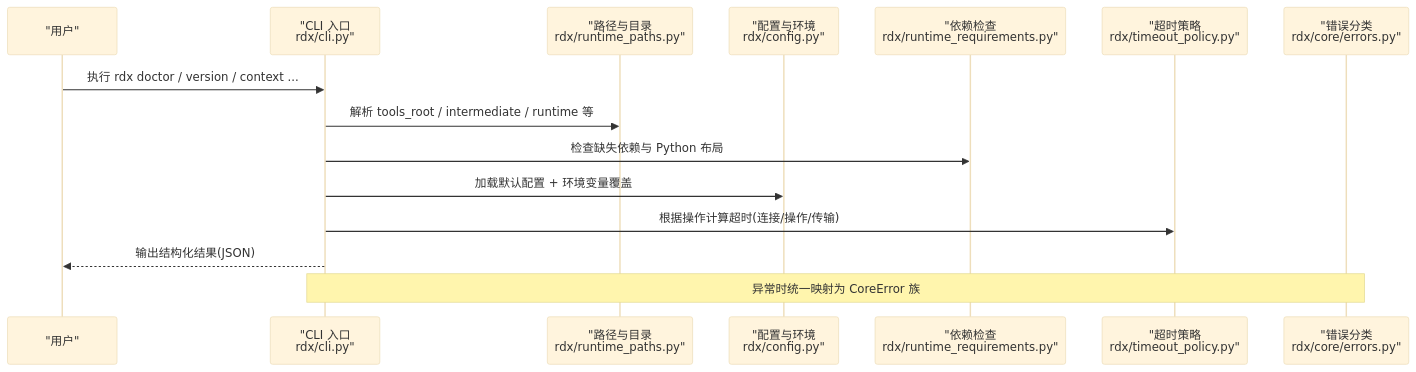
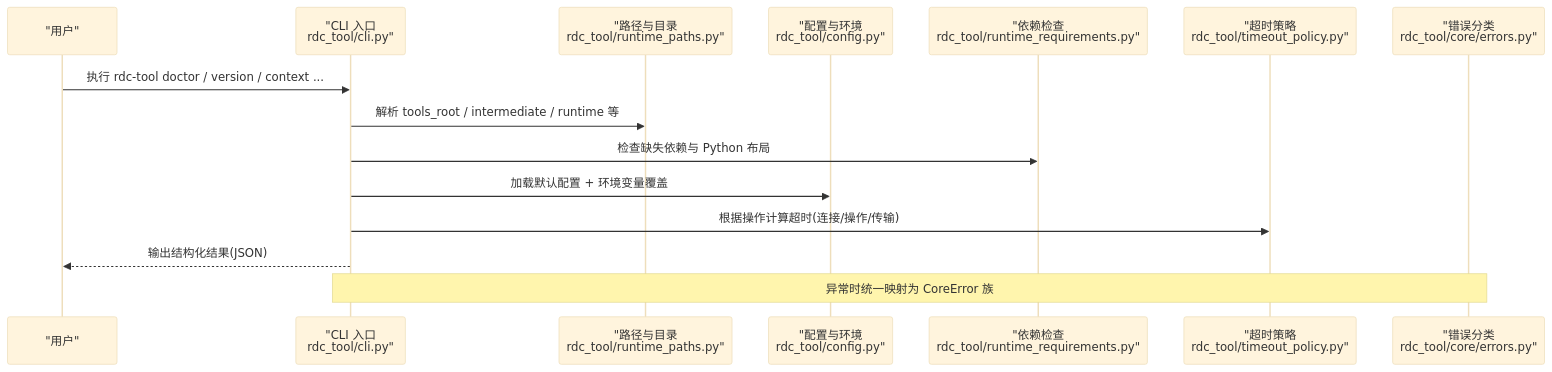
One commit to haolange/RDC-Tool changed the second of 6 diagrams in .qoder/repowiki/zh/content/高级主题/高级配置.md. Above: the diagram before and after it, drawn with Mermaid (base theme). The commit also changed other lines of this file and 388 other files, not shown here.

First line of the commit message:
Release RDC-Tool identity and public maintenance surface

````diff
--- a/.qoder/repowiki/zh/content/高级主题/高级配置.md
+++ b/.qoder/repowiki/zh/content/高级主题/高级配置.md
@@ -85,17 +85,17 @@
 ```mermaid
 sequenceDiagram
 participant U as "用户"
-participant CLI as "CLI 入口<br/>rdx/cli.py"
-participant PATH as "路径与目录<br/>rdx/runtime_paths.py"
-participant CFG as "配置与环境<br/>rdx/config.py"
-participant REQ as "依赖检查<br/>rdx/runtime_requirements.py"
-participant TMO as "超时策略<br/>rdx/timeout_policy.py"
-participant ERR as "错误分类<br/>rdx/core/errors.py"
-U->>CLI : 执行 rdx doctor / version / context ...
+participant CLI as "CLI 入口<br/>rdc_tool/cli.py"
+participant PATH as "路径与目录<br/>rdc_tool/runtime_paths.py"
+participant CFG as "配置与环境<br/>rdc_tool/config.py"
+participant REQ as "依赖检查<br/>rdc_tool/runtime_requirements.py"
+participant TMO as "超时策略<br/>rdc_tool/timeout_policy.py"
+participant ERR as "错误分类<br/>rdc_tool/core/errors.py"
+U->>CLI : 执行 rdc-tool doctor / version / context ...
 CLI->>PATH : 解析 tools_root / intermediate / runtime 等
 CLI->>REQ : 检查缺失依赖与 Python 布局
 CLI->>CFG : 加载默认配置 + 环境变量覆盖
 CLI->>TMO : 根据操作计算超时(连接/操作/传输)
 CLI-->>U : 输出结构化结果(JSON)
 Note over CLI,ERR : 异常时统一映射为 CoreError 族
 ```
````
